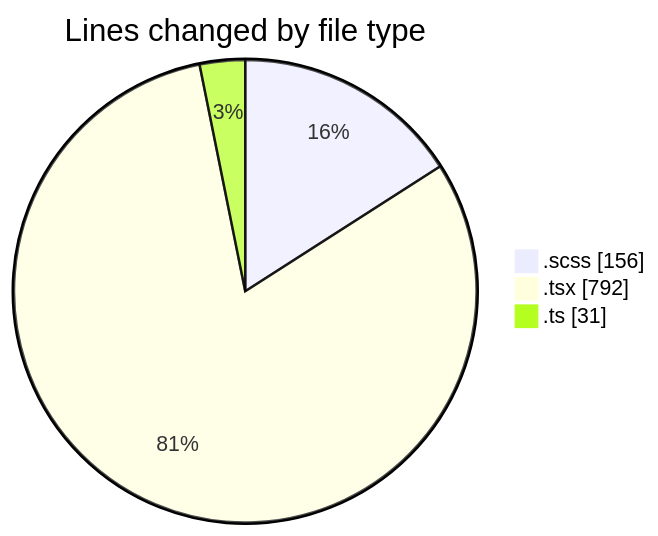
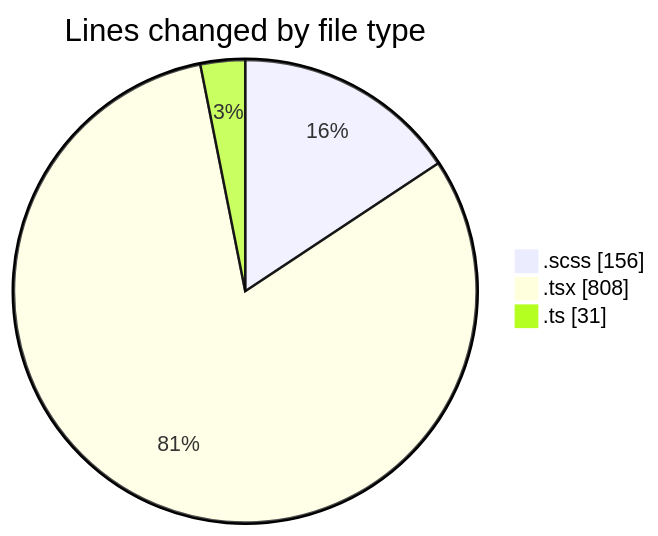
The first of 2 diagrams in 2025-02-10/cda/README.md (momahboobian/code-tracking), drawn with Mermaid before and after one commit. The commit also changed other lines of this file and 1 other file, not shown here.

````diff
--- a/2025-02-10/cda/README.md
+++ b/2025-02-10/cda/README.md
@@ -25,7 +25,7 @@
 ```mermaid
 pie showData
 title Lines changed by file type
 ".scss" : 156
-".tsx" : 792
+".tsx" : 808
 ".ts" : 31
 ```
````
